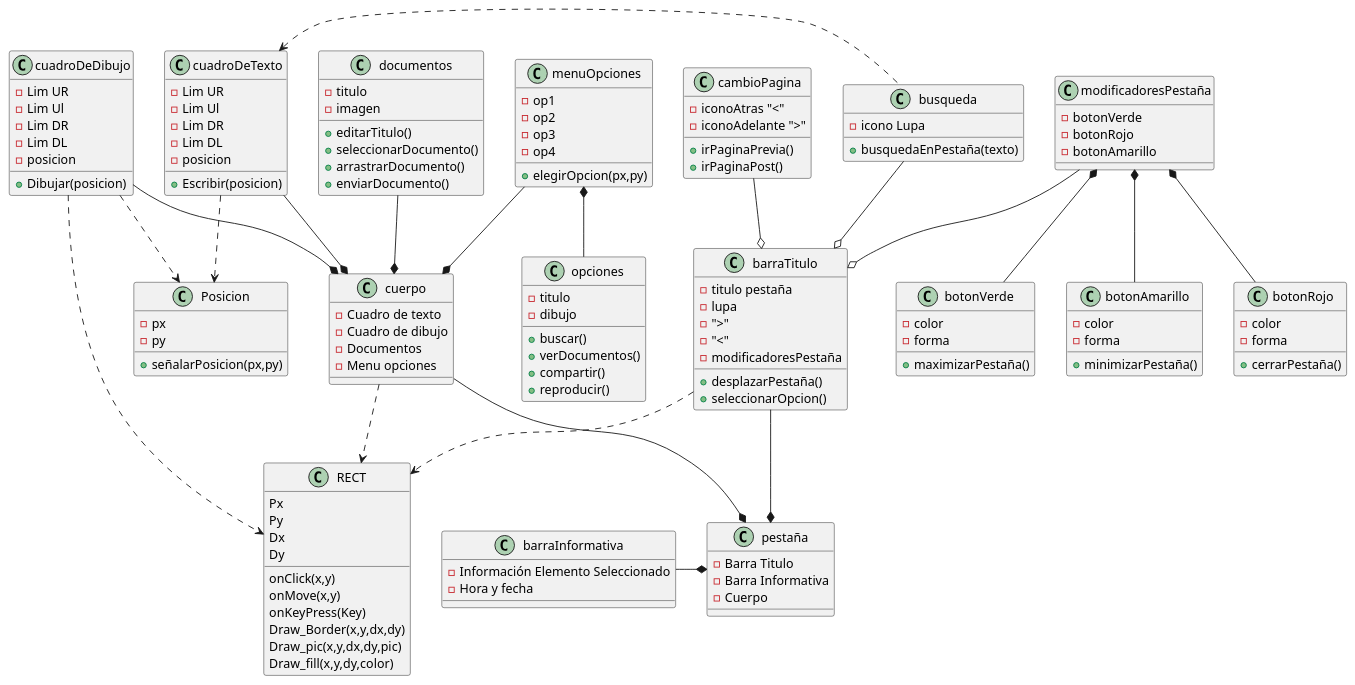
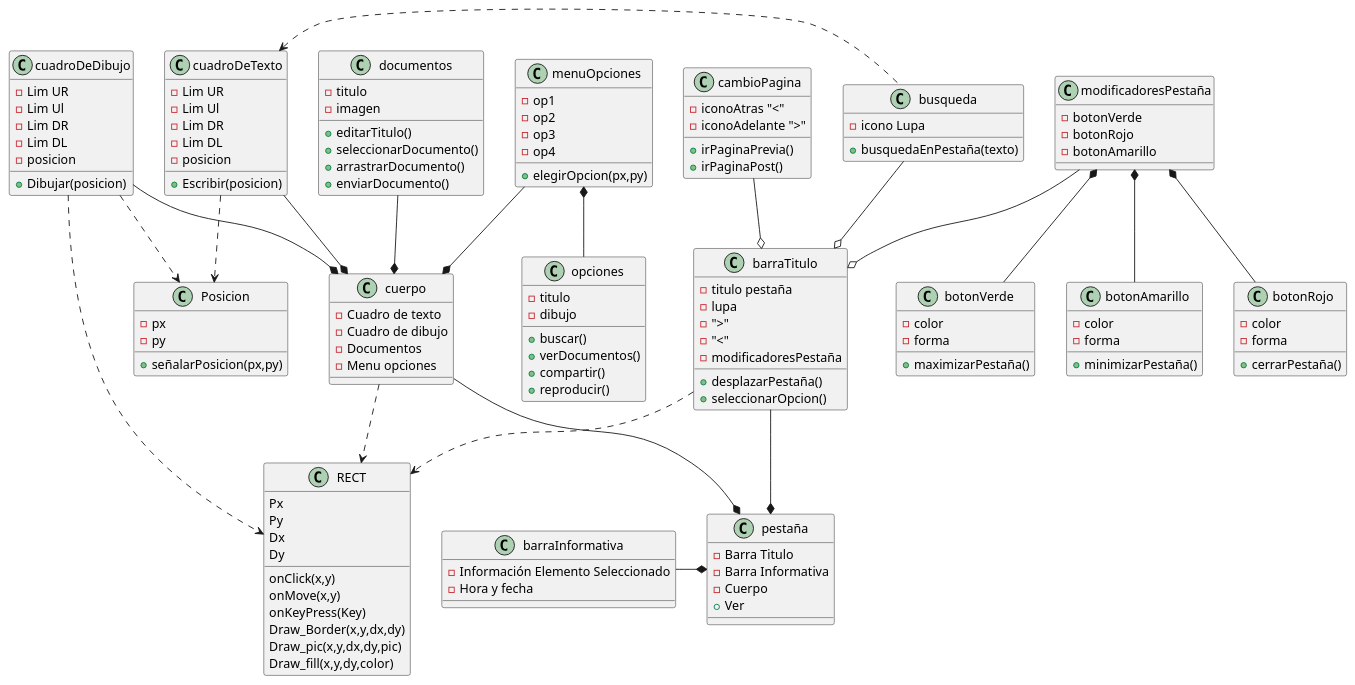
Before and after one commit to AshlieSalcedo/Doors: the diagram in Doors.puml, drawn with PlantUML. The commit also changed 1 other file, not shown here.

Commit message:
Diagrama, aquí se edita

```diff
--- a/Doors.puml
+++ b/Doors.puml
@@ -1,162 +1,162 @@
 @startuml
 'https://plantuml.com/sequence-diagram
 
 class pestaña {
 -Barra Titulo
 -Barra Informativa
 -Cuerpo
-
++Ver
 }
 
 class RECT{
 Px
 Py
 Dx
 Dy
 onClick(x,y)
 onMove(x,y)
 onKeyPress(Key)
 Draw_Border(x,y,dx,dy)
 Draw_pic(x,y,dx,dy,pic)
 Draw_fill(x,y,dy,color)
 }
 
 
 class barraTitulo {
 -titulo pestaña
 -lupa
 - ">"
 -"<"
 -modificadoresPestaña
 +desplazarPestaña()
 +seleccionarOpcion()
 }
 barraTitulo..>RECT
 barraTitulo--* pestaña
 
 class botonVerde {
 -color
 -forma
 +maximizarPestaña()
 }
 
 class botonAmarillo {
 -color
 -forma
 +minimizarPestaña()
 }
 
 class botonRojo {
 -color
 -forma
 +cerrarPestaña()
 }
 
 
 
 class modificadoresPestaña{
 -botonVerde
 -botonRojo
 -botonAmarillo
 }
 
 
 modificadoresPestaña *-- botonRojo
 modificadoresPestaña *-- botonAmarillo
 modificadoresPestaña *-- botonVerde
 modificadoresPestaña --o barraTitulo
 
 class cuadroDeTexto {
 -Lim UR
 -Lim Ul
 -Lim DR
 -Lim DL
 -posicion
 +Escribir(posicion)
 }
 cuadroDeTexto --* cuerpo
 
 class Posicion {
 -px
 -py
 +señalarPosicion(px,py)
 }
 
 
 class menuOpciones {
 -op1
 -op2
 -op3
 -op4
 +elegirOpcion(px,py)
 }
 menuOpciones --* cuerpo
 
 class opciones {
 -titulo
 -dibujo
 +buscar()
 +verDocumentos()
 +compartir()
 +reproducir()
 }
 menuOpciones *-- opciones
 
 
 
 cuadroDeTexto ..>Posicion
 
 class documentos{
 -titulo
 -imagen
 +editarTitulo()
 +seleccionarDocumento()
 +arrastrarDocumento()
 +enviarDocumento()
 }
 
 class barraInformativa {
 -Información Elemento Seleccionado
 -Hora y fecha
 }
  barraInformativa -* pestaña
 
 
 class busqueda {
 -icono Lupa
 +busquedaEnPestaña(texto)
 }
 busqueda --o barraTitulo
 cuadroDeTexto <.busqueda
 
 class cambioPagina {
 -iconoAtras "<"
 -iconoAdelante ">"
 +irPaginaPrevia()
 +irPaginaPost()
 }
 
 cambioPagina --o barraTitulo
 
 class cuerpo {
 -Cuadro de texto
 -Cuadro de dibujo
 -Documentos
 -Menu opciones
 }
 documentos --* cuerpo
 cuerpo --* pestaña
 cuerpo ..> RECT
 
 class cuadroDeDibujo {
 -Lim UR
 -Lim Ul
 -Lim DR
 -Lim DL
 -posicion
 +Dibujar(posicion)
 }
 cuadroDeDibujo ..> RECT
 cuadroDeDibujo --* cuerpo
 cuadroDeDibujo ..> Posicion
 @enduml
```
